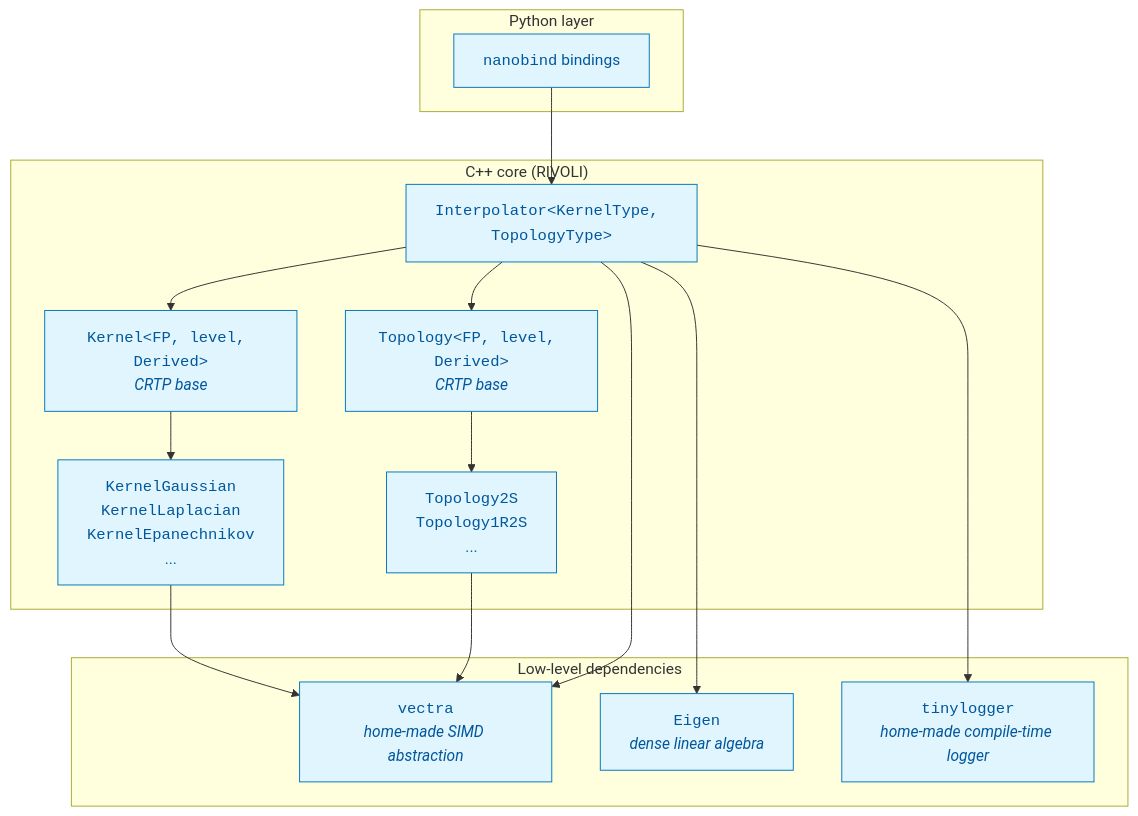
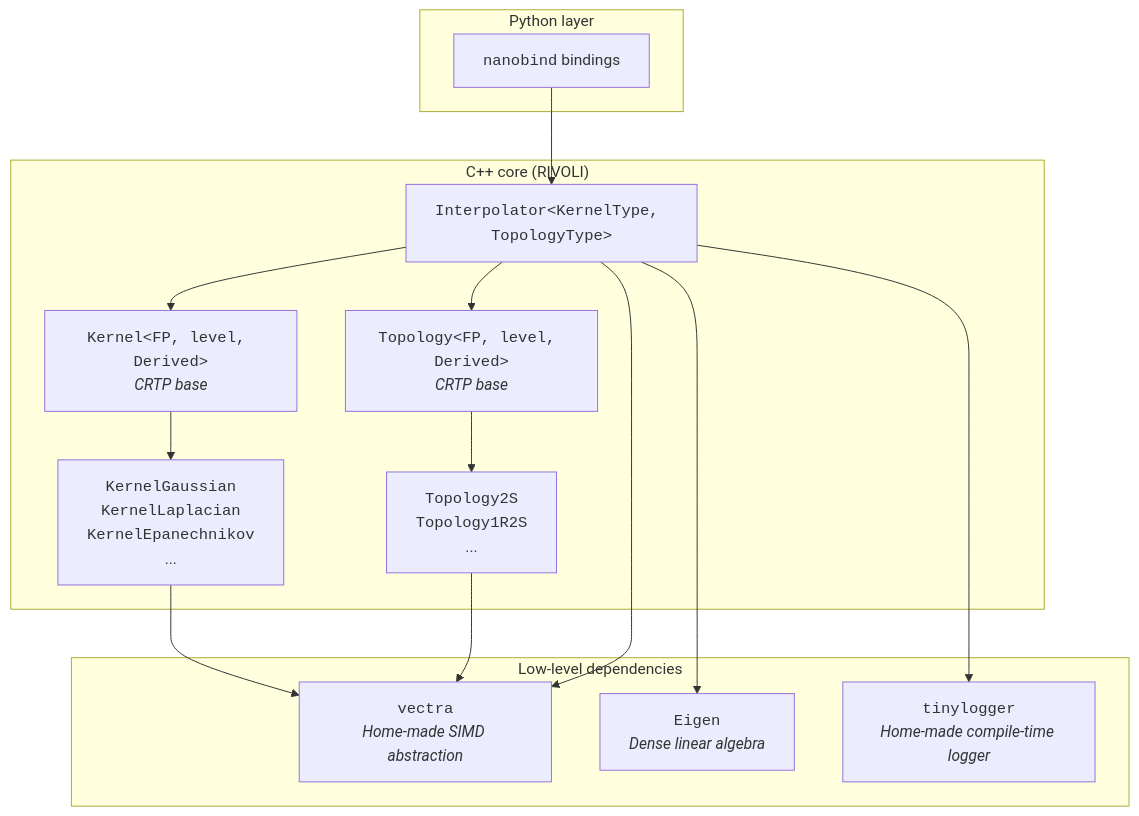
The first of 2 diagrams in ARCHITECTURE.md (fmargall/rivoli), drawn with Mermaid before and after one commit.

Commit message:
📝 docs(architecture): update URL links

````diff
--- a/ARCHITECTURE.md
+++ b/ARCHITECTURE.md
@@ -32,42 +32,43 @@
 ```mermaid
 flowchart TB
     subgraph Python["Python layer"]
         NB["<code>nanobind</code> bindings"]
     end
  
     subgraph Core["C++ core (RIVOLI)"]
         I["<code>Interpolator&lt;KernelType, TopologyType&gt;</code>"]
         K["<code>Kernel&lt;FP, level, Derived&gt;</code><br/><i>CRTP base</i>"]
         T["<code>Topology&lt;FP, level, Derived&gt;</code><br/><i>CRTP base</i>"]
         K1["<code>KernelGaussian</code><br/><code>KernelLaplacian</code><br/><code>KernelEpanechnikov</code><br/>..."]
         T1["<code>Topology2S</code><br/><code>Topology1R2S</code><br/>..."]
         K --> K1
         T --> T1
         I --> K
         I --> T
     end
  
     subgraph LowLevel["Low-level dependencies"]
-        V["<code>vectra</code><br/><i>home-made SIMD abstraction</i>"]
-        E["<code>Eigen</code><br/><i>dense linear algebra</i>"]
-        L["<code>tinylogger</code><br/><i>home-made compile-time logger</i>"]
+        V["<code>vectra</code><br/><i>Home-made SIMD abstraction</i>"]
+        E["<code>Eigen</code><br/><i>Dense linear algebra</i>"]
+        L["<code>tinylogger</code><br/><i>Home-made compile-time logger</i>"]
     end
  
     NB --> I
     K1 --> V
     T1 --> V
     I --> E
     I --> L
     I --> V
 
+    click NB "https://github.com/fmargall/RIVOLI/blob/HEAD/python/binding.cpp"
     click I "https://github.com/fmargall/RIVOLI/blob/HEAD/include/rivoli/interpolator/interpolator.hpp"
     click K "https://github.com/fmargall/RIVOLI/blob/HEAD/include/rivoli/kernels/kernels.hpp"
     click T "https://github.com/fmargall/RIVOLI/blob/HEAD/include/rivoli/topologies/topologies.hpp"
+    click E "https://libeigen.gitlab.io/"
+    click V "https://github.com/fmargall/vectra"
+    click L "https://github.com/fmargall/tinylogger"
  
-    classDef python fill:#e1f5ff,stroke:#0277bd,color:#01579b
-    classDef core fill:#e1f5ff,stroke:#0277bd,color:#01579b
-    classDef lowlevel fill:#e1f5ff,stroke:#0277bd,color:#01579b
     class NB python
     class I,K,T,K1,T1 core
     class V,E,L lowlevel
 ```
````
